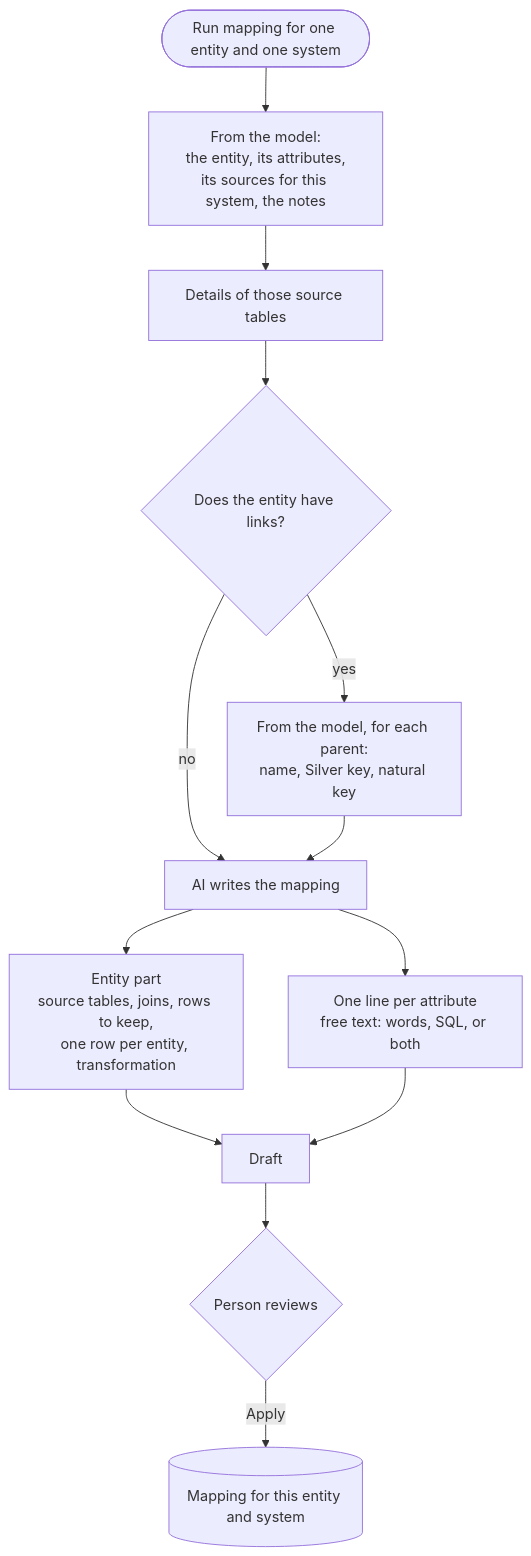
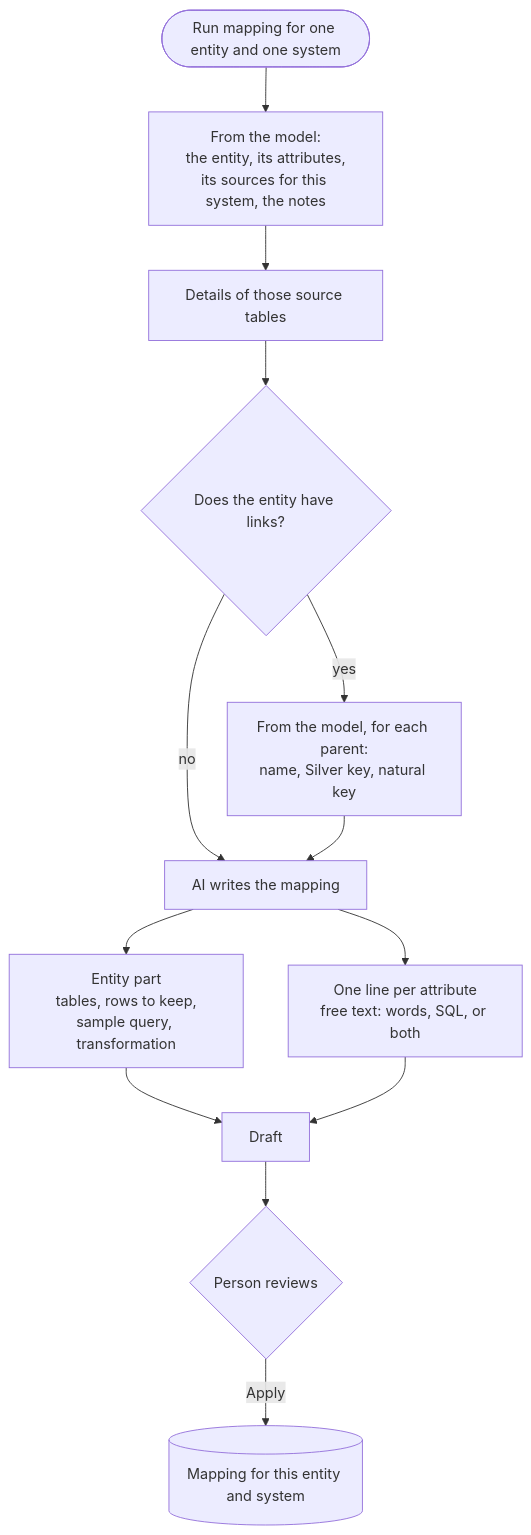
Before and after one commit to maazuddinmohammed/gds_workbench_v3: the diagram in design/workflows/mapping.md, drawn with Mermaid. The commit also changed other lines of this file and 21 other files, not shown here.

````diff
--- a/design/workflows/mapping.md
+++ b/design/workflows/mapping.md
@@ -8,15 +8,15 @@
 ```mermaid
 flowchart TD
     START(["Run mapping for one entity and one system"]) --> A["From the model:<br/>the entity, its attributes,<br/>its sources for this system, the notes"]
     A --> B["Details of those source tables"]
     B --> C{"Does the entity have links?"}
     C -- yes --> D["From the model, for each parent:<br/>name, Silver key, natural key"]
     C -- no --> E
     D --> E["AI writes the mapping"]
-    E --> F["Entity part<br/>source tables, joins, rows to keep,<br/>one row per entity, transformation"]
+    E --> F["Entity part<br/>tables, rows to keep,<br/>sample query, transformation"]
     E --> G["One line per attribute<br/>free text: words, SQL, or both"]
     F --> H["Draft"]
     G --> H
     H --> I{"Person reviews"}
     I -- Apply --> J[("Mapping for this entity and system")]
 ```
````
